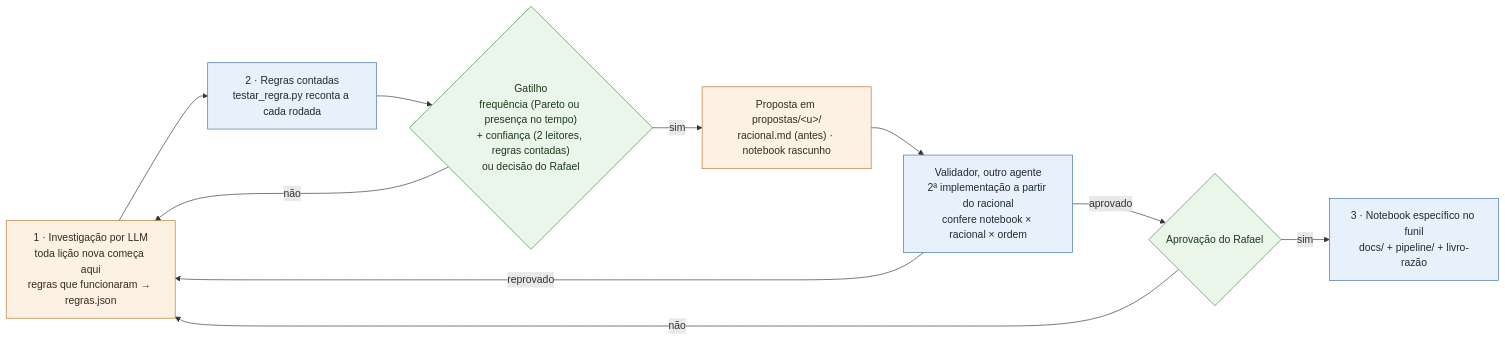
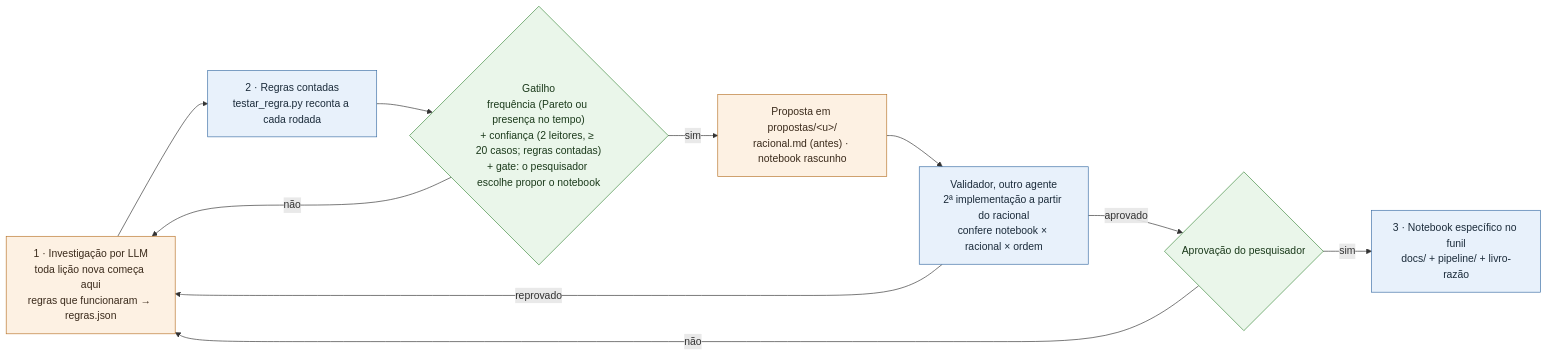
One commit to rc-ventura/memory_layer_ai_agents changed the second of 2 diagrams in kit-mineracao/skills/mineracao-candidata/referencias/fluxo.md. Above: the diagram before and after it, drawn with Mermaid. The commit also changed other lines of this file and 19 other files, not shown here.

````diff
--- a/kit-mineracao/skills/mineracao-candidata/referencias/fluxo.md
+++ b/kit-mineracao/skills/mineracao-candidata/referencias/fluxo.md
@@ -42,20 +45,20 @@
 ```mermaid
 flowchart LR
     S1["1 · Investigação por LLM<br/>toda lição nova começa aqui<br/>regras que funcionaram → regras.json"]:::llm
     S2["2 · Regras contadas<br/>testar_regra.py reconta a cada rodada"]:::det
-    T{"Gatilho<br/>frequência (Pareto ou presença no tempo)<br/>+ confiança (2 leitores, regras contadas)<br/>ou decisão do Rafael"}:::dec
+    T{"Gatilho<br/>frequência (Pareto ou presença no tempo)<br/>+ confiança (2 leitores, ≥ 20 casos; regras contadas)<br/>+ gate: o pesquisador escolhe propor o notebook"}:::dec
     P["Proposta em propostas/&lt;u&gt;/<br/>racional.md (antes) · notebook rascunho"]:::llm
     V["Validador, outro agente<br/>2ª implementação a partir do racional<br/>confere notebook × racional × ordem"]:::det
-    A{"Aprovação do Rafael"}:::dec
+    A{"Aprovação do pesquisador"}:::dec
     N["3 · Notebook específico no funil<br/>docs/ + pipeline/ + livro-razão"]:::det
     S1 --> S2 --> T
     T -- não --> S1
     T -- sim --> P --> V
     V -- reprovado --> S1
     V -- aprovado --> A
     A -- não --> S1
     A -- sim --> N
     classDef det fill:#e8f1fb,stroke:#3b6ea5,color:#1b2b3a
     classDef llm fill:#fdf1e3,stroke:#b8742a,color:#3a2a1b
     classDef dec fill:#eaf6ea,stroke:#3f8a3f,color:#1b3a1b
 ```
````
